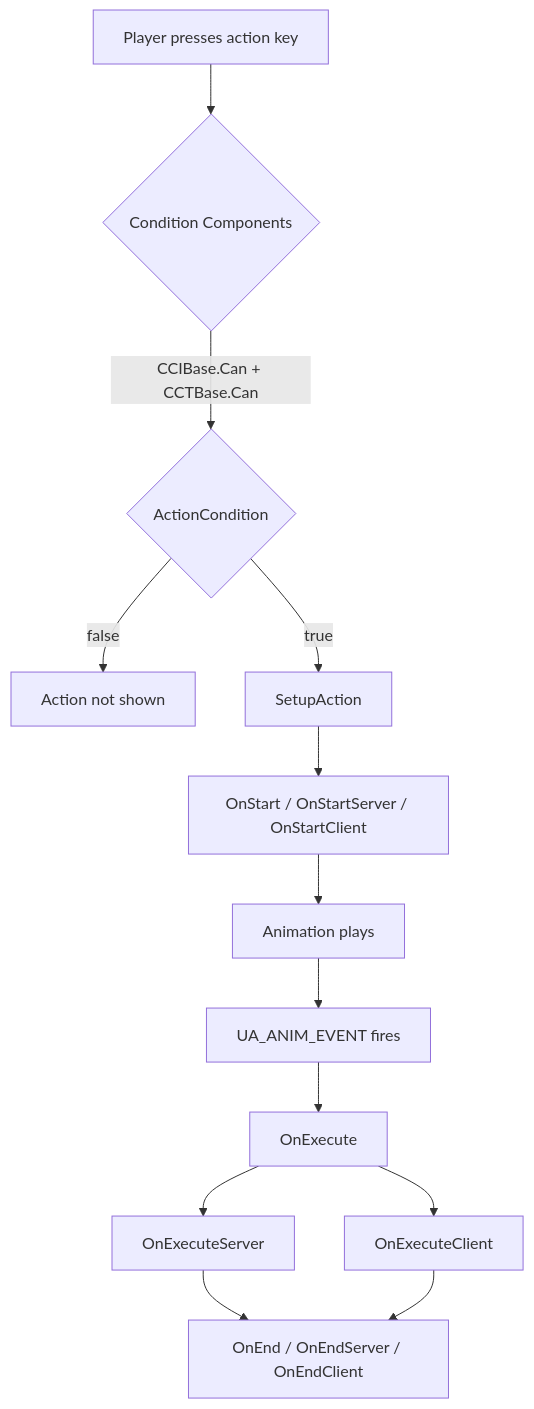
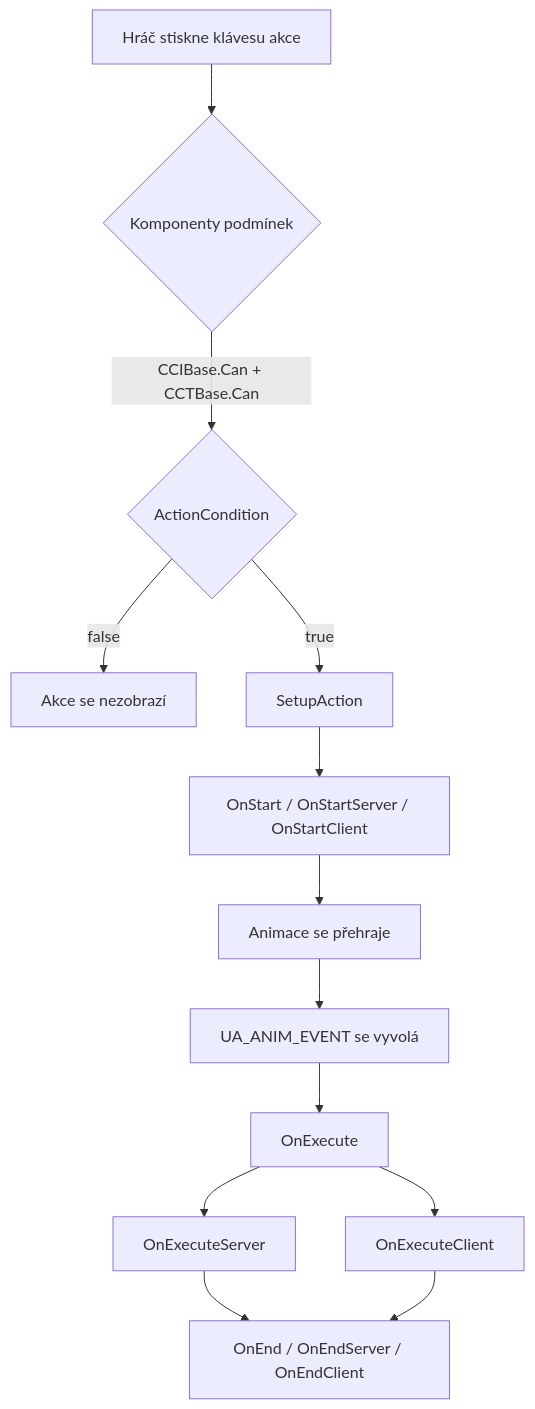
Before and after one commit to StarDZ-Team/DayZ-Modding-Wiki: the second of 4 diagrams in cs/06-engine-api/12-action-system.md, drawn with Mermaid. The commit also changed other lines of this file and 17 other files, not shown here.

````diff
--- a/cs/06-engine-api/12-action-system.md
+++ b/cs/06-engine-api/12-action-system.md
@@ -121,15 +121,15 @@
 ```mermaid
 flowchart TD
-    A[Player presses action key] --> B{Condition Components}
+    A[Hráč stiskne klávesu akce] --> B{Komponenty podmínek}
     B -->|CCIBase.Can + CCTBase.Can| C{ActionCondition}
-    C -->|false| D[Action not shown]
+    C -->|false| D[Akce se nezobrazí]
     C -->|true| E[SetupAction]
     E --> F[OnStart / OnStartServer / OnStartClient]
-    F --> G[Animation plays]
-    G --> H[UA_ANIM_EVENT fires]
+    F --> G[Animace se přehraje]
+    G --> H[UA_ANIM_EVENT se vyvolá]
     H --> I[OnExecute]
     I --> J[OnExecuteServer]
     I --> K[OnExecuteClient]
     J --> L[OnEnd / OnEndServer / OnEndClient]
     K --> L
 ```
````
